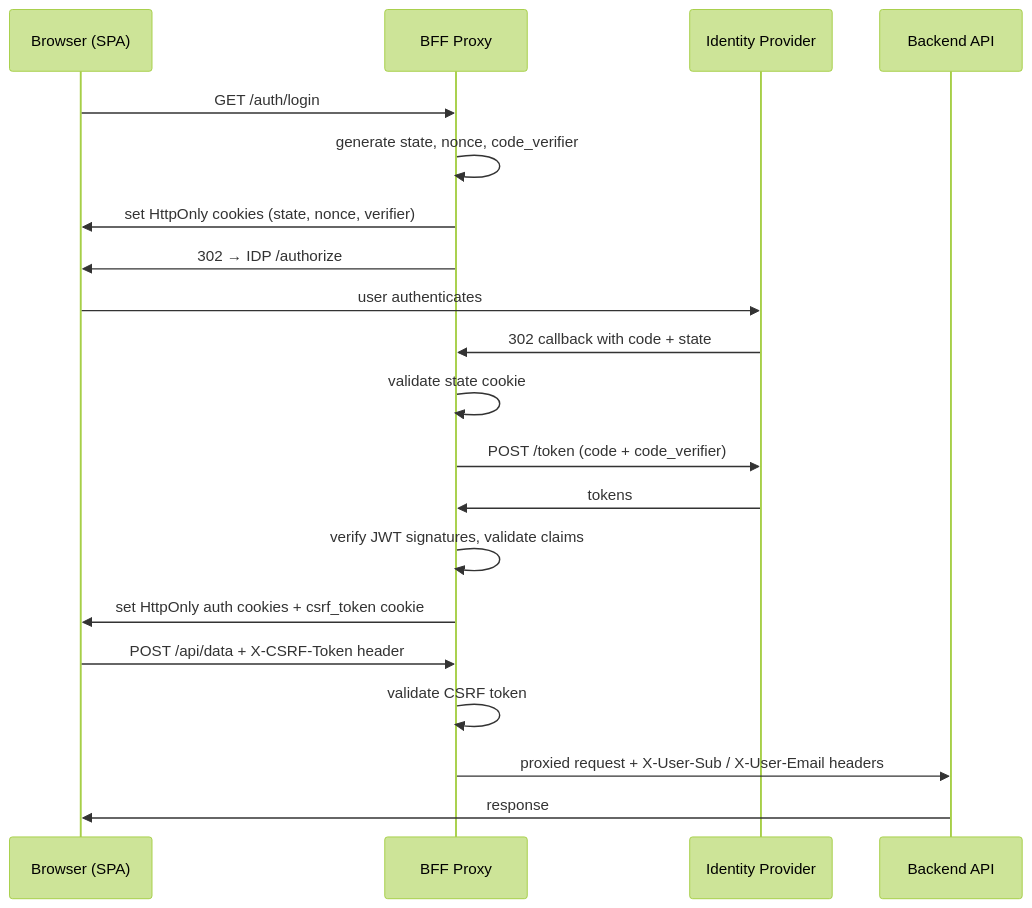
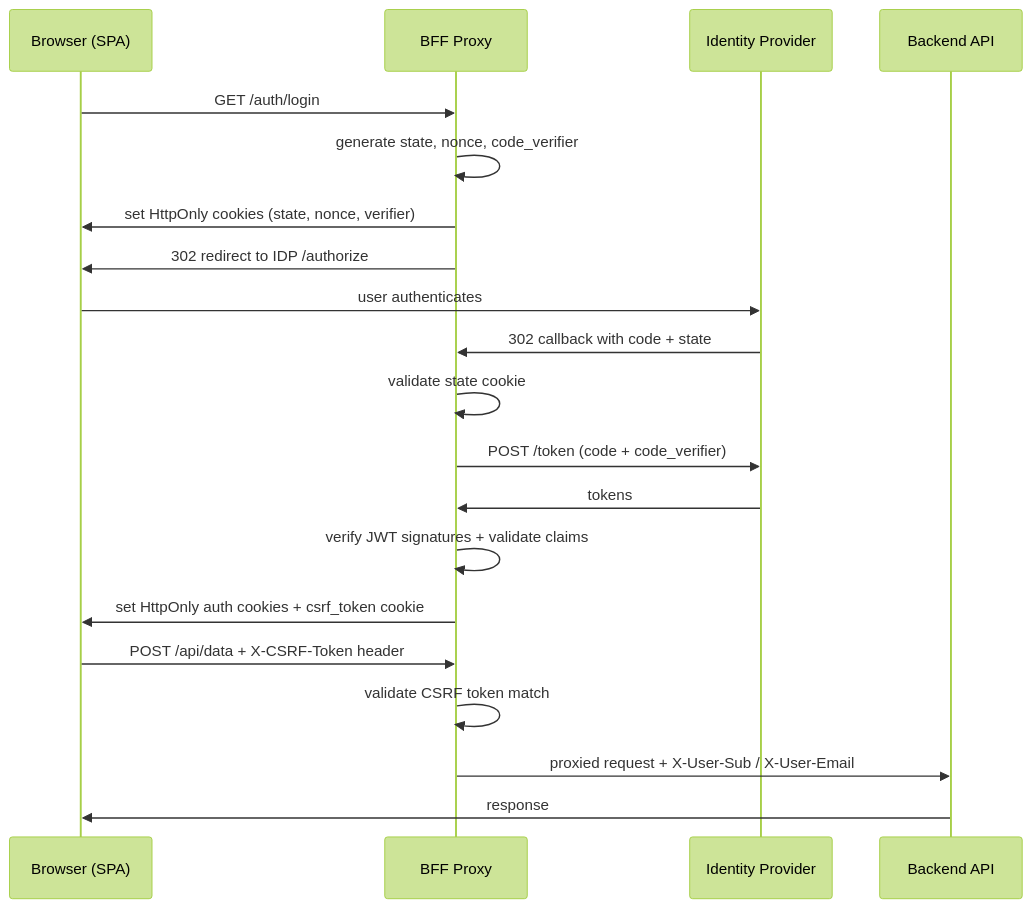
Before and after one commit to tkachenko0/article-the-browser-that-knew-too-much: the sixth of 6 diagrams in README.md, drawn with Mermaid (forest theme). The commit also changed other lines of this file, not shown here.

````diff
--- a/README.md
+++ b/README.md
@@ -328,23 +289,23 @@
 ```mermaid
 sequenceDiagram
     participant B as Browser (SPA)
     participant BFF as BFF Proxy
     participant IDP as Identity Provider
     participant API as Backend API
 
     B->>BFF: GET /auth/login
     BFF->>BFF: generate state, nonce, code_verifier
     BFF->>B: set HttpOnly cookies (state, nonce, verifier)
-    BFF->>B: 302 → IDP /authorize
+    BFF->>B: 302 redirect to IDP /authorize
     B->>IDP: user authenticates
     IDP->>BFF: 302 callback with code + state
     BFF->>BFF: validate state cookie
     BFF->>IDP: POST /token (code + code_verifier)
     IDP->>BFF: tokens
-    BFF->>BFF: verify JWT signatures, validate claims
+    BFF->>BFF: verify JWT signatures + validate claims
     BFF->>B: set HttpOnly auth cookies + csrf_token cookie
     B->>BFF: POST /api/data + X-CSRF-Token header
-    BFF->>BFF: validate CSRF token
-    BFF->>API: proxied request + X-User-Sub / X-User-Email headers
+    BFF->>BFF: validate CSRF token match
+    BFF->>API: proxied request + X-User-Sub / X-User-Email
     API->>B: response
 ```
````
